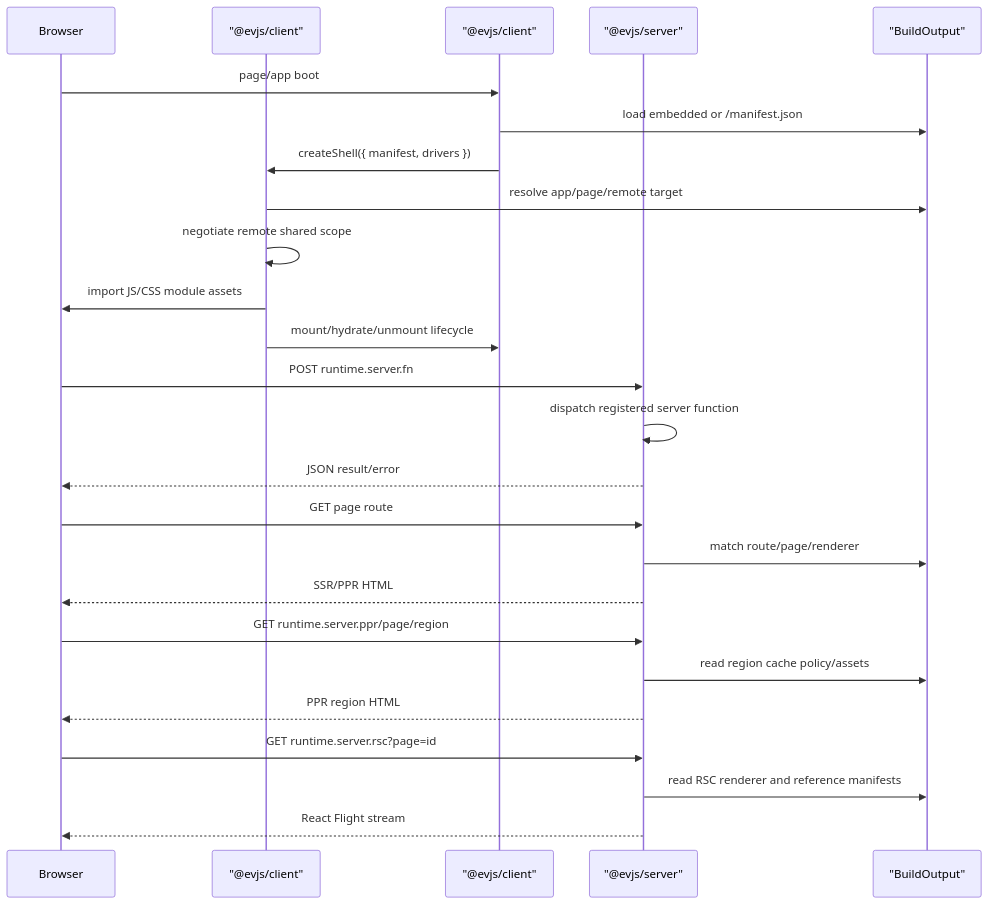
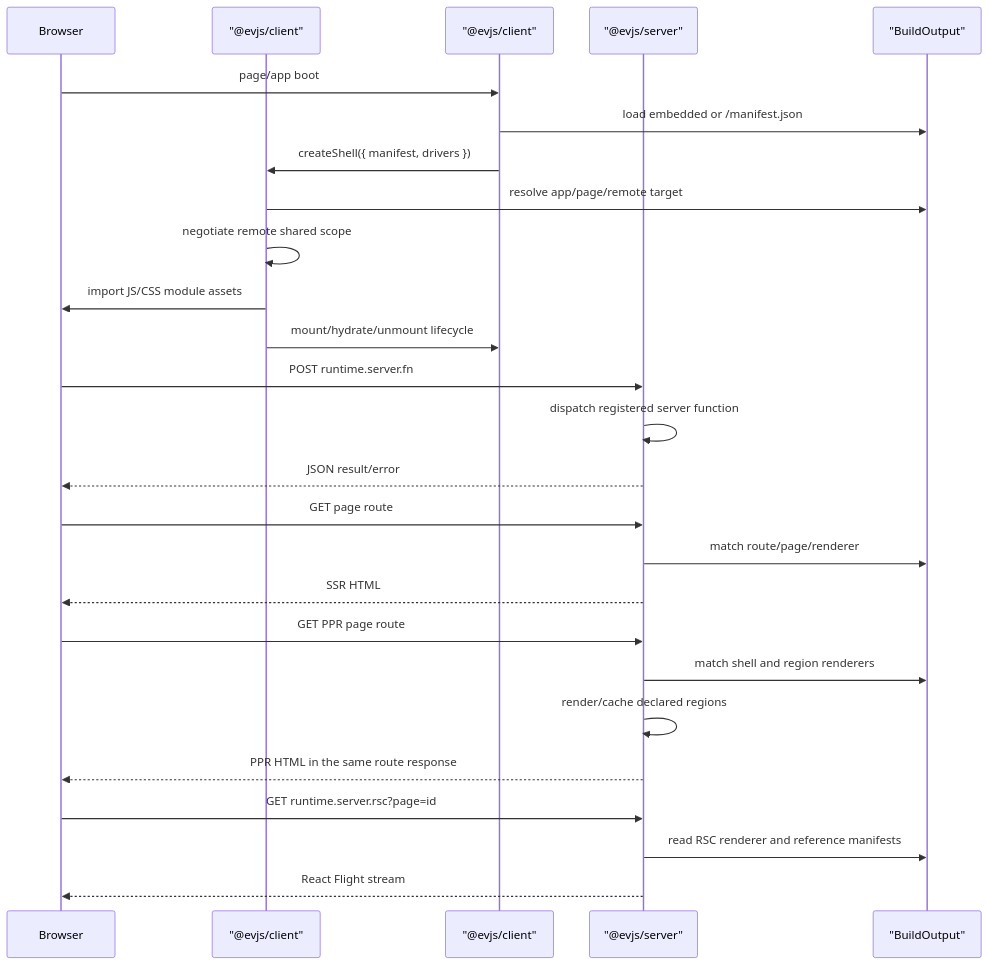
The second of 2 diagrams in docs/docs/architecture.md (afx-team/evjs), drawn with Mermaid before and after one commit. The commit also changed other lines of this file and 19 other files, not shown here.

Commit message:
fix: correct PPR server composition

````diff
--- a/docs/docs/architecture.md
+++ b/docs/docs/architecture.md
@@ -93,32 +93,33 @@
 ```mermaid
 sequenceDiagram
   participant Browser
   participant Shell as "@evjs/client"
   participant Runtime as "@evjs/client"
   participant Server as "@evjs/server"
   participant Manifest as "BuildOutput"
 
   Browser->>Runtime: page/app boot
   Runtime->>Manifest: load embedded or /manifest.json
   Runtime->>Shell: createShell({ manifest, drivers })
   Shell->>Manifest: resolve app/page/remote target
   Shell->>Shell: negotiate remote shared scope
   Shell->>Browser: import JS/CSS module assets
   Shell->>Runtime: mount/hydrate/unmount lifecycle
 
   Browser->>Server: POST runtime.server.fn
   Server->>Server: dispatch registered server function
   Server-->>Browser: JSON result/error
 
   Browser->>Server: GET page route
   Server->>Manifest: match route/page/renderer
-  Server-->>Browser: SSR/PPR HTML
+  Server-->>Browser: SSR HTML
 
-  Browser->>Server: GET runtime.server.ppr/page/region
-  Server->>Manifest: read region cache policy/assets
-  Server-->>Browser: PPR region HTML
+  Browser->>Server: GET PPR page route
+  Server->>Manifest: match shell and region renderers
+  Server->>Server: render/cache declared regions
+  Server-->>Browser: PPR HTML in the same route response
 
   Browser->>Server: GET runtime.server.rsc?page=id
   Server->>Manifest: read RSC renderer and reference manifests
   Server-->>Browser: React Flight stream
 ```
````
